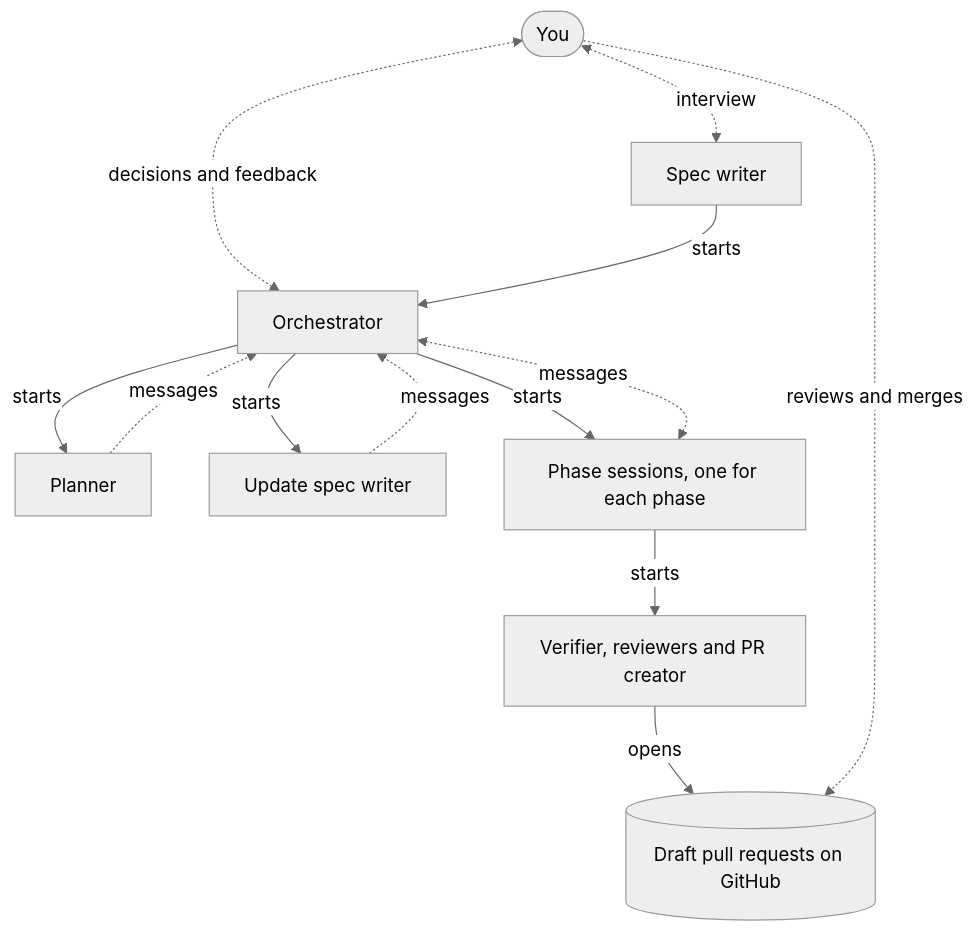
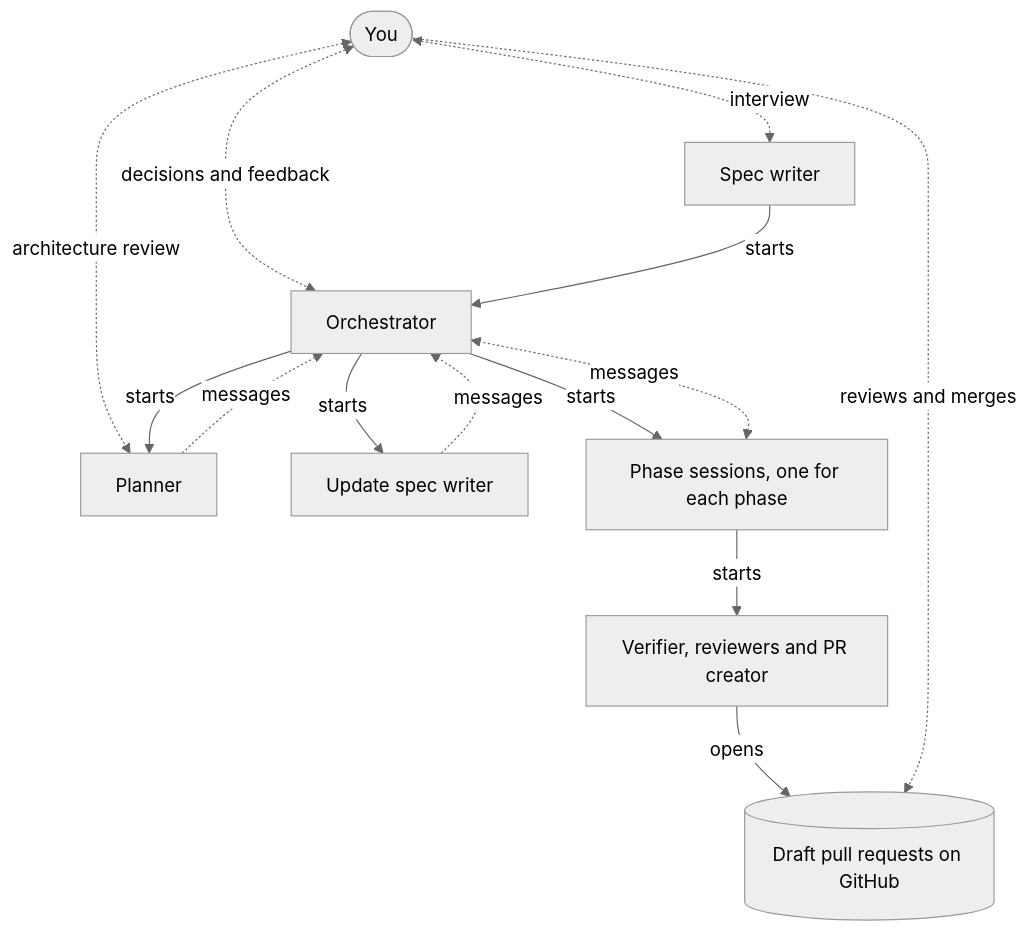
The first of 5 diagrams in packages/s-stack/GUIDE.md (Samuel-Harris/foundry), drawn with Mermaid (neutral theme) before and after one commit. The commit also changed other lines of this file and 11 other files, not shown here.

First line of the commit message:
feat(s-stack): stop for the developer's architecture review before phases start (#116)

````diff
--- a/packages/s-stack/GUIDE.md
+++ b/packages/s-stack/GUIDE.md
@@ -42,24 +42,25 @@
 ```mermaid
 flowchart TD
     dev([You])
     spec[Spec writer]
     orch[Orchestrator]
     plan[Planner]
     upd[Update spec writer]
     phase[Phase sessions, one for each phase]
     sub[Verifier, reviewers and PR creator]
     gh[(Draft pull requests on GitHub)]
 
     dev <-.->|interview| spec
     dev <-.->|decisions and feedback| orch
+    dev <-.->|architecture review| plan
     spec -->|starts| orch
     orch -->|starts| plan
     orch -->|starts| upd
     orch -->|starts| phase
     plan -.->|messages| orch
     upd -.->|messages| orch
     phase <-.->|messages| orch
     phase -->|starts| sub
     sub -->|opens| gh
     dev -.->|reviews and merges| gh
 ```
````
